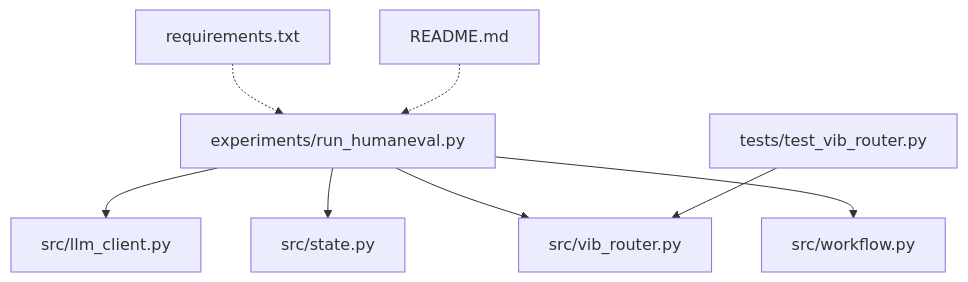
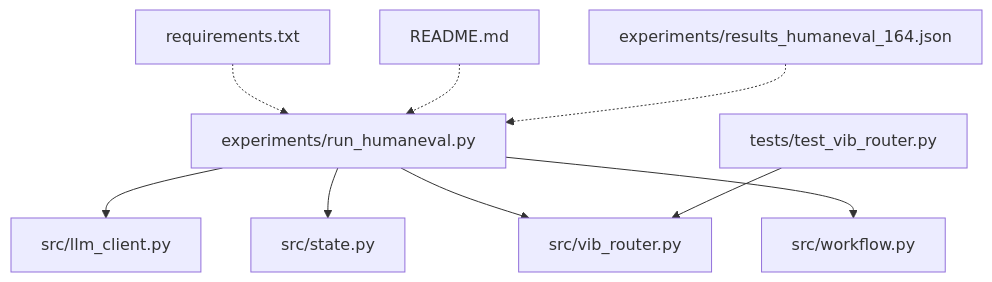
Before and after one commit to QuStarry/VIB-SparseCommunication: the first of 7 diagrams in .qoder/repowiki/zh/content/核心架构/实验框架/HumanEval基准测试.md, drawn with Mermaid. The commit also changed other lines of this file and 18 other files, not shown here.

````diff
--- a/.qoder/repowiki/zh/content/核心架构/实验框架/HumanEval基准测试.md
+++ b/.qoder/repowiki/zh/content/核心架构/实验框架/HumanEval基准测试.md
@@ -39,10 +48,11 @@
 ```mermaid
 graph TB
 A["experiments/run_humaneval.py"] --> B["src/llm_client.py"]
 A --> C["src/state.py"]
 A --> D["src/vib_router.py"]
 A --> E["src/workflow.py"]
 F["tests/test_vib_router.py"] --> D
 G["requirements.txt"] -.-> A
 H["README.md"] -.-> A
+I["experiments/results_humaneval_164.json"] -.-> A
 ```
````
